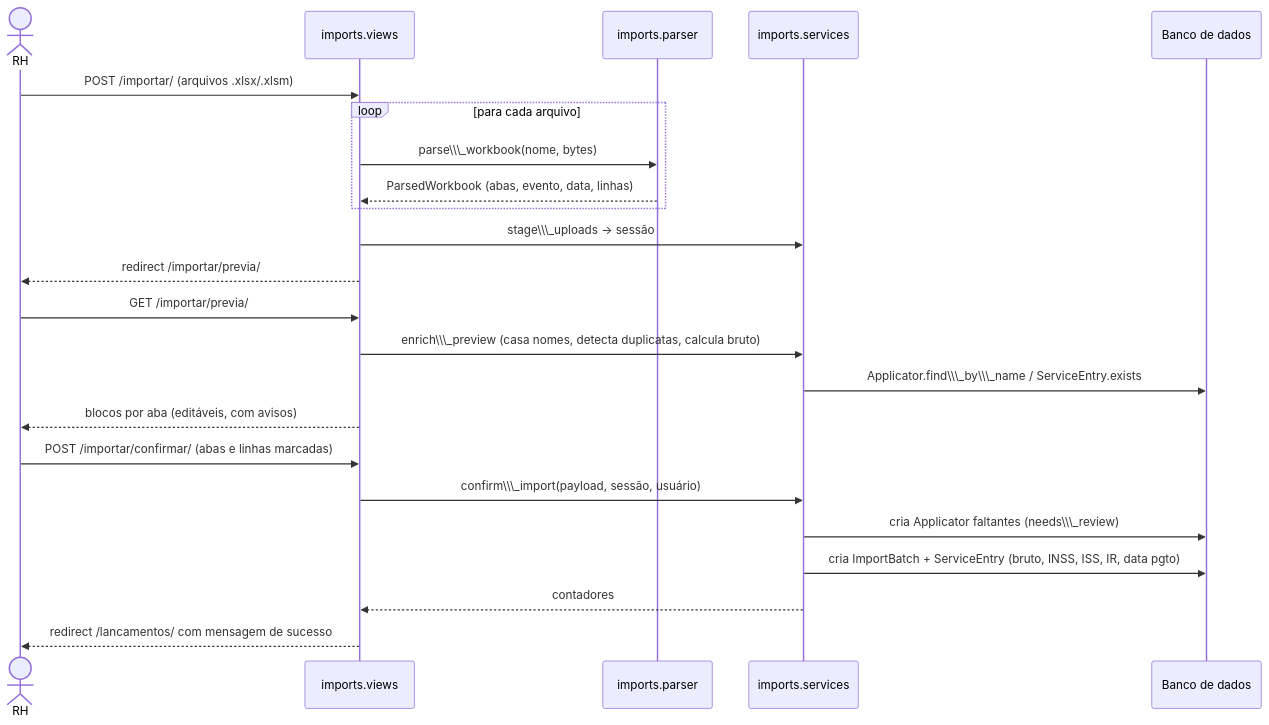
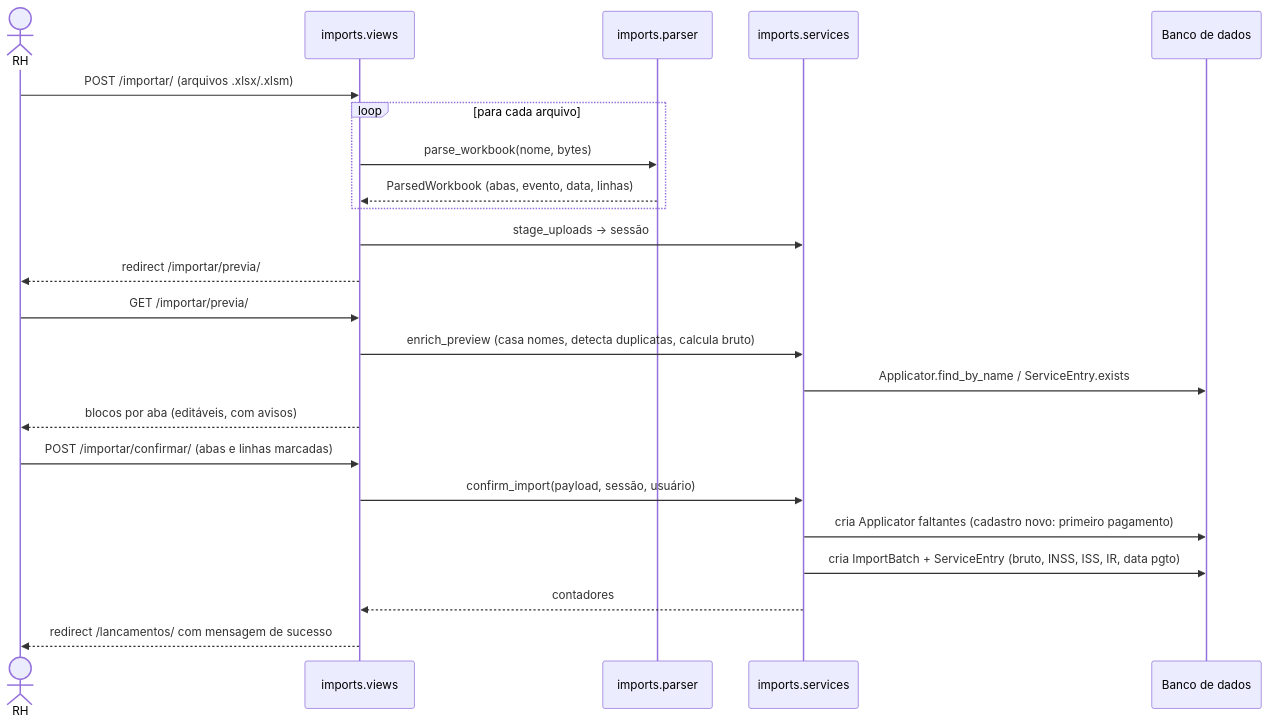
One commit to bernardozschaber/tp1-eng-soft changed the second of 3 diagrams in README.md. Above: the diagram before and after it, drawn with Mermaid. The commit also changed other lines of this file, not shown here.

Commit message:
docs(readme): corrige diagramas mermaid e regra de consistência

````diff
--- a/README.md
+++ b/README.md
@@ -247,26 +247,26 @@
 ```mermaid
 sequenceDiagram
     actor RH
     participant View as imports.views
     participant Parser as imports.parser
     participant Service as imports.services
     participant DB as Banco de dados
 
     RH->>View: POST /importar/ (arquivos .xlsx/.xlsm)
     loop para cada arquivo
-        View->>Parser: parse\\\_workbook(nome, bytes)
+        View->>Parser: parse_workbook(nome, bytes)
         Parser-->>View: ParsedWorkbook (abas, evento, data, linhas)
     end
-    View->>Service: stage\\\_uploads → sessão
+    View->>Service: stage_uploads → sessão
     View-->>RH: redirect /importar/previa/
     RH->>View: GET /importar/previa/
-    View->>Service: enrich\\\_preview (casa nomes, detecta duplicatas, calcula bruto)
-    Service->>DB: Applicator.find\\\_by\\\_name / ServiceEntry.exists
+    View->>Service: enrich_preview (casa nomes, detecta duplicatas, calcula bruto)
+    Service->>DB: Applicator.find_by_name / ServiceEntry.exists
     View-->>RH: blocos por aba (editáveis, com avisos)
     RH->>View: POST /importar/confirmar/ (abas e linhas marcadas)
-    View->>Service: confirm\\\_import(payload, sessão, usuário)
-    Service->>DB: cria Applicator faltantes (needs\\\_review)
+    View->>Service: confirm_import(payload, sessão, usuário)
+    Service->>DB: cria Applicator faltantes (cadastro novo: primeiro pagamento)
     Service->>DB: cria ImportBatch + ServiceEntry (bruto, INSS, ISS, IR, data pgto)
     Service-->>View: contadores
     View-->>RH: redirect /lancamentos/ com mensagem de sucesso
 ```
````
